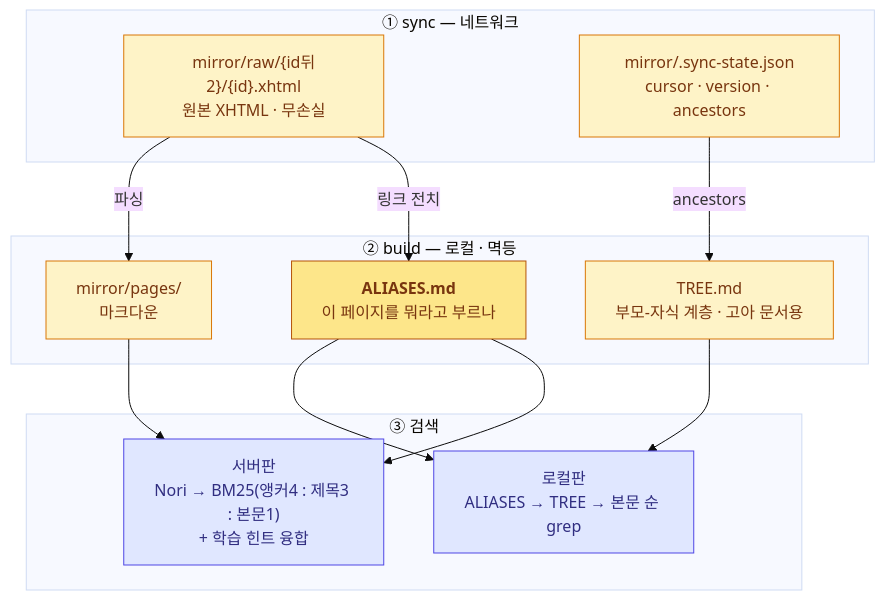
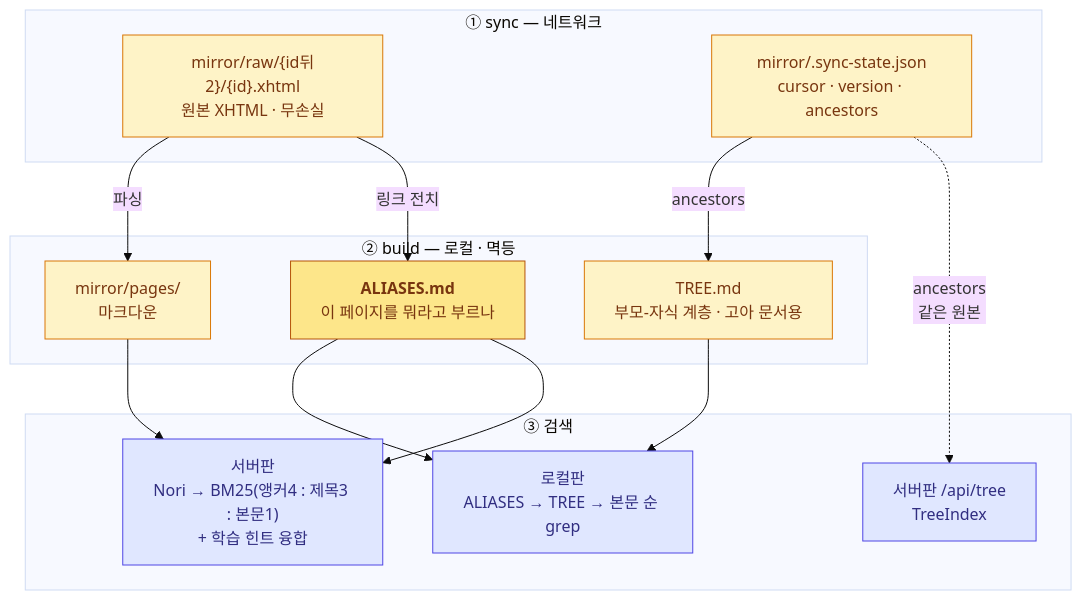
The second of 2 diagrams in README.md (mukansei/wikilens), drawn with Mermaid (base theme) before and after one commit. The commit also changed other lines of this file, not shown here.

Commit message:
docs: 서버판 계층 구조 출처 설명 추가
The pipeline diagram drew TREE.md feeding only the local version, which is
true about the file and wrong about the capability — it reads as if the server
has no hierarchy at all. It does: VaultReader pulls ancestors straight from
.sync-state.json and TreeIndex builds its own tree, served at /api/tree. The
file is not read, but the signal is there.

The diagram now shows that second path as a dashed edge from the same source,
with a line of prose saying the file is not read and the hierarchy exists on
both sides. architecture.md already described this correctly; only the README
had the gap.

Re-verified the render, since the dashed arrow syntax is new here, and the
static check for undeclared node ids still passes.

````diff
--- a/README.md
+++ b/README.md
@@ -75,33 +75,35 @@
 ```mermaid
 flowchart TB
     subgraph S1["① sync — 네트워크"]
         RAW["mirror/raw/{id뒤2}/{id}.xhtml<br/>원본 XHTML · 무손실"]
         STATE["mirror/.sync-state.json<br/>cursor · version · ancestors"]
     end
 
     subgraph S2["② build — 로컬 · 멱등"]
         PAGES["mirror/pages/<br/>마크다운"]
         ALIAS["<b>ALIASES.md</b><br/>이 페이지를 뭐라고 부르나"]
         TREE["TREE.md<br/>부모-자식 계층 · 고아 문서용"]
     end
 
     subgraph S3["③ 검색"]
         LQ["로컬판<br/>ALIASES → TREE → 본문 순 grep"]
         SQ["서버판<br/>Nori → BM25(앵커4 : 제목3 : 본문1)<br/>+ 학습 힌트 융합"]
+        ST["서버판 /api/tree<br/>TreeIndex"]
     end
 
     RAW -->|파싱| PAGES
     RAW -->|링크 전치| ALIAS
     STATE -->|ancestors| TREE
     ALIAS --> LQ
     TREE --> LQ
     ALIAS --> SQ
     PAGES --> SQ
+    STATE -.->|ancestors<br/>같은 원본| ST
 
     classDef st fill:#fef3c7,stroke:#d97706,color:#78350f
     classDef key fill:#fde68a,stroke:#b45309,color:#78350f
     classDef q fill:#e0e7ff,stroke:#4f46e5,color:#312e81
     class RAW,STATE,PAGES,TREE st
     class ALIAS key
-    class LQ,SQ q
+    class LQ,SQ,ST q
 ```
````
